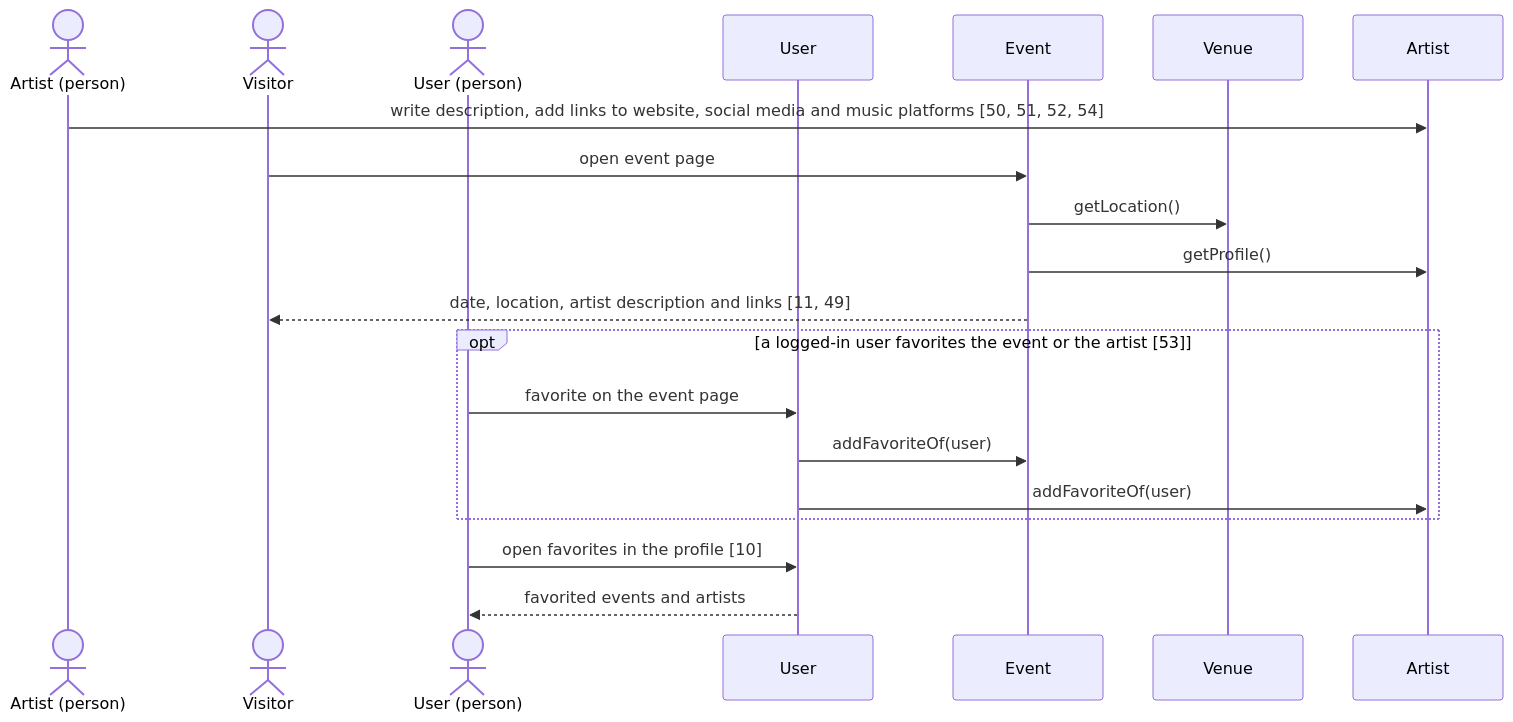
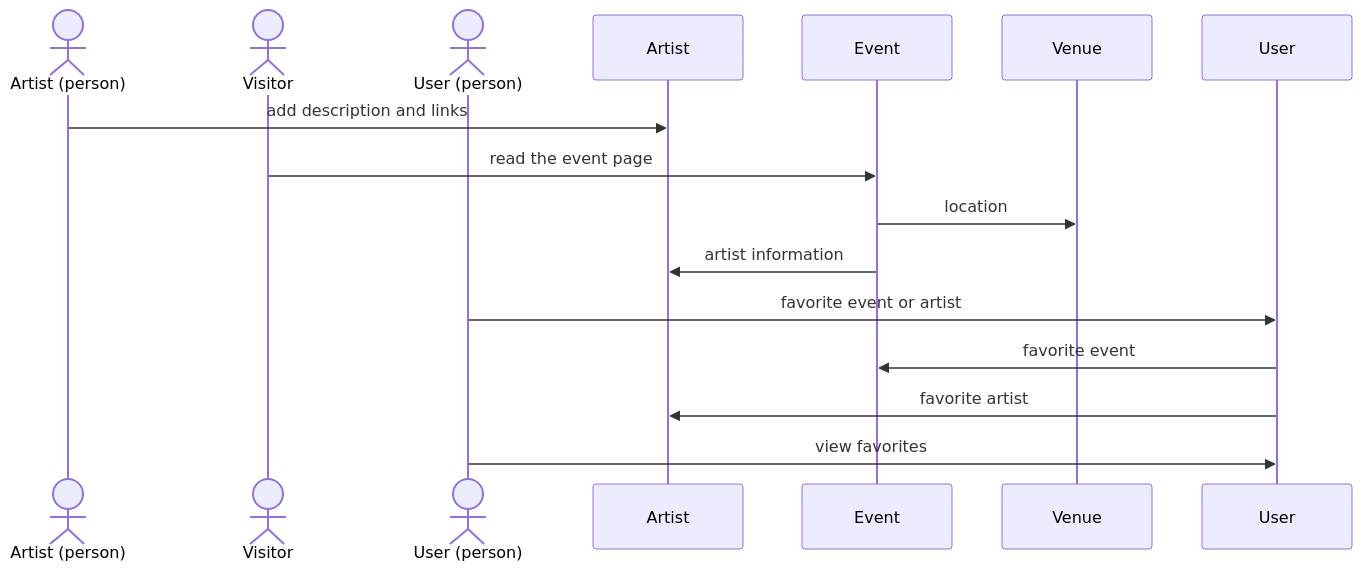
The diagram in 4_gold_standard_sequence_diagrams/ticket/sd4_event_page.mmd (grumartin/user-story-domain-model-datasets), drawn with Mermaid before and after one commit. The commit also changed 151 other files, not shown here.

Commit message:
Adapt domain models to revised gold and silver standard & Create Sequence Diagrams for all Projects (#2)

```diff
--- a/4_gold_standard_sequence_diagrams/ticket/sd4_event_page.mmd
+++ b/4_gold_standard_sequence_diagrams/ticket/sd4_event_page.mmd
@@ -1,24 +1,25 @@
 sequenceDiagram
     %% SD4 - Event page and favorites
     %% Stories: 10, 11, 49, 50, 51, 52, 53, 54
-    %% Description: An artist maintains a description and links that appear on the event page; a visitor reads the event page; a user favorites the event or artist and finds them in the profile.
+    %% Description: An artist provides a description and links for the event page, a visitor reads the page, and a user favorites events and artists.
     actor AP as Artist (person)
     actor VI as Visitor
     actor UP as User (person)
-    participant U as User
+    participant AR as Artist
     participant EV as Event
     participant VE as Venue
-    participant AR as Artist
+    participant U as User
 
-    AP->>AR: write description, add links to website, social media and music platforms [50, 51, 52, 54]
-    VI->>EV: open event page
-    EV->>VE: getLocation()
-    EV->>AR: getProfile()
-    EV-->>VI: date, location, artist description and links [11, 49]
-    opt a logged-in user favorites the event or the artist [53]
-        UP->>U: favorite on the event page
-        U->>EV: addFavoriteOf(user)
-        U->>AR: addFavoriteOf(user)
-    end
-    UP->>U: open favorites in the profile [10]
-    U-->>UP: favorited events and artists
+    %% covers 50, 51, 52, 54
+    AP->>AR: add description and links
+    %% covers 11
+    VI->>EV: read the event page
+    EV->>VE: location
+    %% covers 49
+    EV->>AR: artist information
+    %% covers 53
+    UP->>U: favorite event or artist
+    U->>EV: favorite event
+    U->>AR: favorite artist
+    %% covers 10
+    UP->>U: view favorites
```
